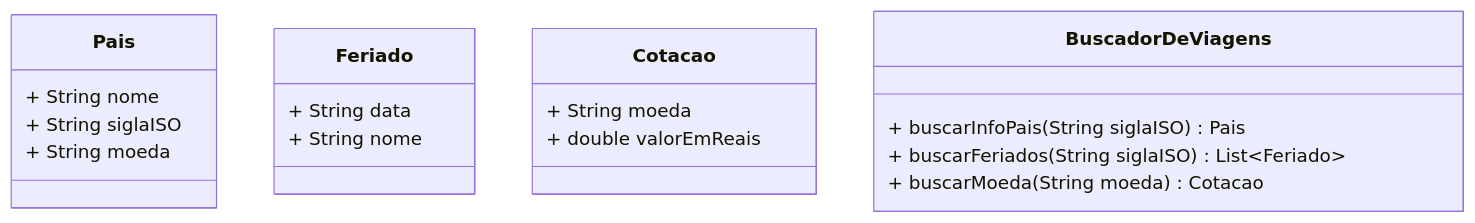
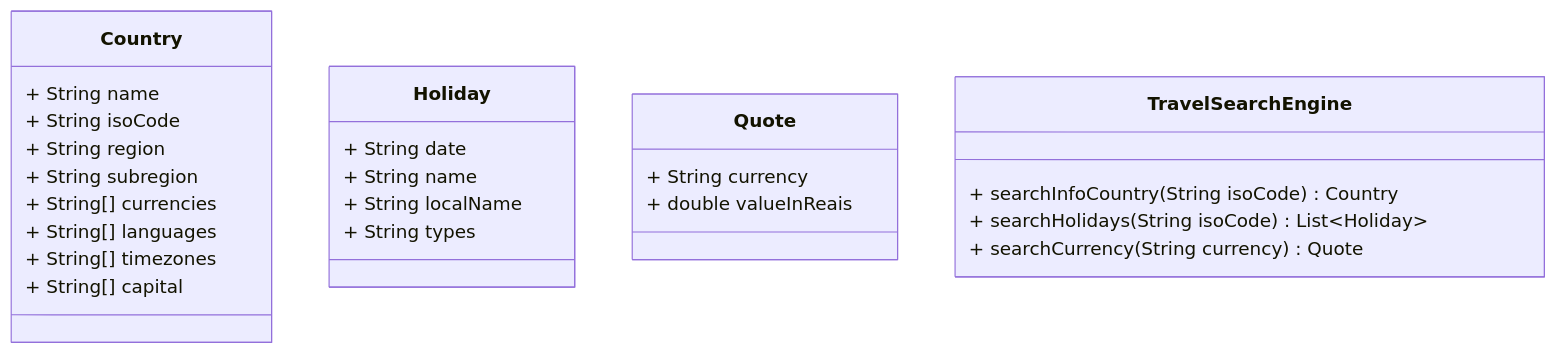
Before and after one commit to caiovilquer/viazio: the diagram in docs/arquitetura.md, drawn with Mermaid.

Commit message:
docs: update class diagram

````diff
--- a/docs/arquitetura.md
+++ b/docs/arquitetura.md
@@ -5,25 +5,32 @@
 ```mermaid
 
 classDiagram
-    class Pais{
-        + String nome
-        + String siglaISO
-        + String moeda
+    class Country{
+        + String name
+        + String isoCode
+        + String region
+        + String subregion
+        + String[] currencies
+        + String[] languages
+        + String[] timezones
+        + String[] capital
     }
 
-    class Feriado{
-        + String data
-        + String nome
+    class Holiday{
+        + String date
+        + String name
+        + String localName
+        + String types
     }
 
-    class Cotacao{
-        + String moeda
-        + double valorEmReais
+    class Quote{
+        + String currency
+        + double valueInReais
     }
 
-    class BuscadorDeViagens{
-        + buscarInfoPais(String siglaISO) Pais
-        + buscarFeriados(String siglaISO) List~Feriado~
-        + buscarMoeda(String moeda) Cotacao
+    class TravelSearchEngine{
+        + searchInfoCountry(String isoCode) Country
+        + searchHolidays(String isoCode) List~Holiday~
+        + searchCurrency(String currency) Quote
     }
 ```
````
